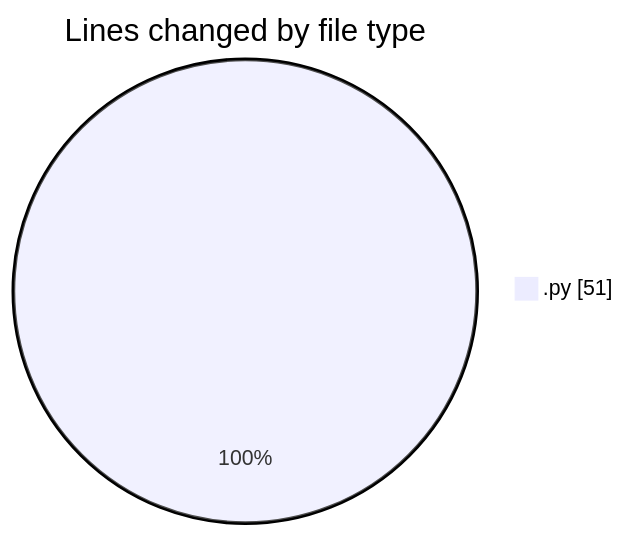
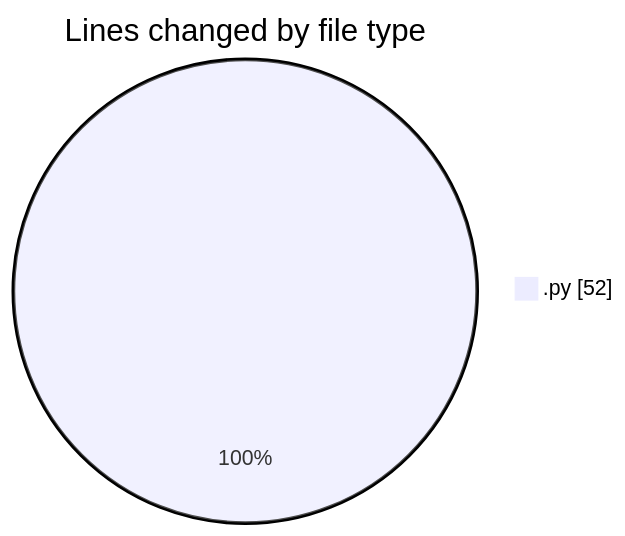
Before and after one commit to hasnaa123/code-tracking: the first of 2 diagrams in 2026-02-22/student_performance_system/README.md, drawn with Mermaid. The commit also changed other lines of this file and 1 other file, not shown here.

````diff
--- a/2026-02-22/student_performance_system/README.md
+++ b/2026-02-22/student_performance_system/README.md
@@ -20,5 +20,5 @@
 ```mermaid
 pie showData
 title Lines changed by file type
-".py" : 51
+".py" : 52
 ```
````
